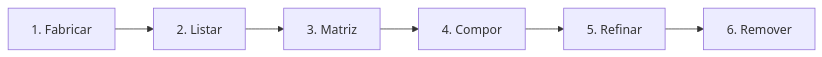
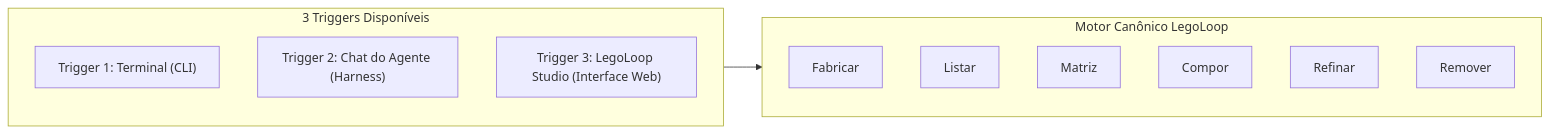
Before and after one commit to heverton-dev/LegoLoop: the second of 2 diagrams in docs/manuals/2026-11-07_MANUAL_DIDATICO_VERBOS_BDD.md, drawn with Mermaid. The commit also changed other lines of this file, not shown here.

Commit message:
docs(manuals): expandir cenários BDD com Tríade de Triggers (CLI, Chat, Studio)

````diff
--- a/docs/manuals/2026-11-07_MANUAL_DIDATICO_VERBOS_BDD.md
+++ b/docs/manuals/2026-11-07_MANUAL_DIDATICO_VERBOS_BDD.md
@@ -39,8 +41,17 @@
 ```mermaid
 flowchart LR
-    V1["1. Fabricar"] --> V2["2. Listar"]
-    V2 --> V3["3. Matriz"]
-    V3 --> V4["4. Compor"]
-    V4 --> V5["5. Refinar"]
-    V5 --> V6["6. Remover"]
+    subgraph TRIGGERS["3 Triggers Disponíveis"]
+        T1["Trigger 1: Terminal (CLI)"]
+        T2["Trigger 2: Chat do Agente (Harness)"]
+        T3["Trigger 3: LegoLoop Studio (Interface Web)"]
+    end
+    subgraph ENGINE["Motor Canônico LegoLoop"]
+        M1["Fabricar"]
+        M2["Listar"]
+        M3["Matriz"]
+        M4["Compor"]
+        M5["Refinar"]
+        M6["Remover"]
+    end
+    TRIGGERS --> ENGINE
 ```
````
